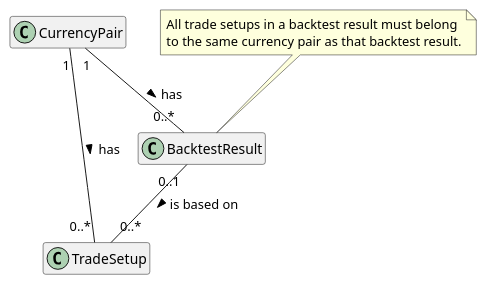
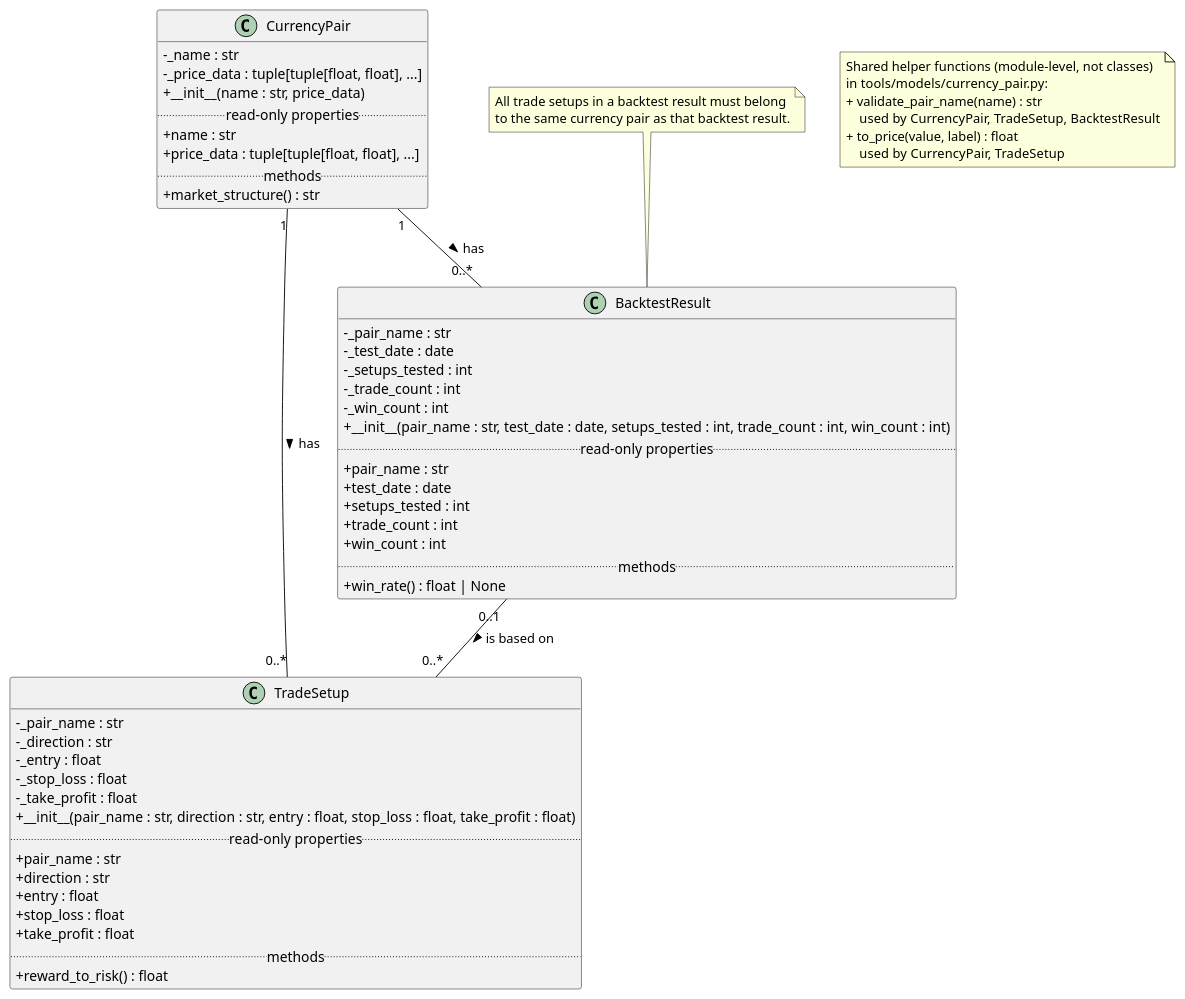
The diagram in docs/design/uml/domain-model.puml (dan119524/nexus-trade), drawn with PlantUML before and after one commit. The commit also changed 6 other files, not shown here.

```diff
--- a/docs/design/uml/domain-model.puml
+++ b/docs/design/uml/domain-model.puml
@@ -1,18 +1,69 @@
 @startuml domain-model
-' Source: docs/design/requirements.md, sections "Domain Entities" and
-' "Relationships and Multiplicities". requirements.md defines no attributes
-' or methods yet, so the classes are shown by name only.
+' Sources: docs/design/requirements.md, sections "Domain Entities" and
+' "Relationships and Multiplicities", for the classes and relationships.
+' tools/models/ (Phase 02) for the attributes and public methods.
+' Attributes are private (-) and exposed as read-only @property (+). No setters.
 skinparam classAttributeIconSize 0
 hide empty members
 
-class CurrencyPair
-class TradeSetup
-class BacktestResult
+class CurrencyPair {
+  - _name : str
+  - _price_data : tuple[tuple[float, float], ...]
+  + __init__(name : str, price_data)
+  .. read-only properties ..
+  + name : str
+  + price_data : tuple[tuple[float, float], ...]
+  .. methods ..
+  + market_structure() : str
+}
+
+class TradeSetup {
+  - _pair_name : str
+  - _direction : str
+  - _entry : float
+  - _stop_loss : float
+  - _take_profit : float
+  + __init__(pair_name : str, direction : str, entry : float, stop_loss : float, take_profit : float)
+  .. read-only properties ..
+  + pair_name : str
+  + direction : str
+  + entry : float
+  + stop_loss : float
+  + take_profit : float
+  .. methods ..
+  + reward_to_risk() : float
+}
+
+class BacktestResult {
+  - _pair_name : str
+  - _test_date : date
+  - _setups_tested : int
+  - _trade_count : int
+  - _win_count : int
+  + __init__(pair_name : str, test_date : date, setups_tested : int, trade_count : int, win_count : int)
+  .. read-only properties ..
+  + pair_name : str
+  + test_date : date
+  + setups_tested : int
+  + trade_count : int
+  + win_count : int
+  .. methods ..
+  + win_rate() : float | None
+}
 
 CurrencyPair "1" -- "0..*" TradeSetup : has >
 CurrencyPair "1" -- "0..*" BacktestResult : has >
 BacktestResult "0..1" -- "0..*" TradeSetup : is based on >
 
 note "All trade setups in a backtest result must belong\nto the same currency pair as that backtest result." as SamePair
 SamePair .. BacktestResult
+
+note as SharedHelpers
+  Shared helper functions (module-level, not classes)
+  in tools/models/currency_pair.py:
+  + validate_pair_name(name) : str
+      used by CurrencyPair, TradeSetup, BacktestResult
+  + to_price(value, label) : float
+      used by CurrencyPair, TradeSetup
+end note
 @enduml
```
